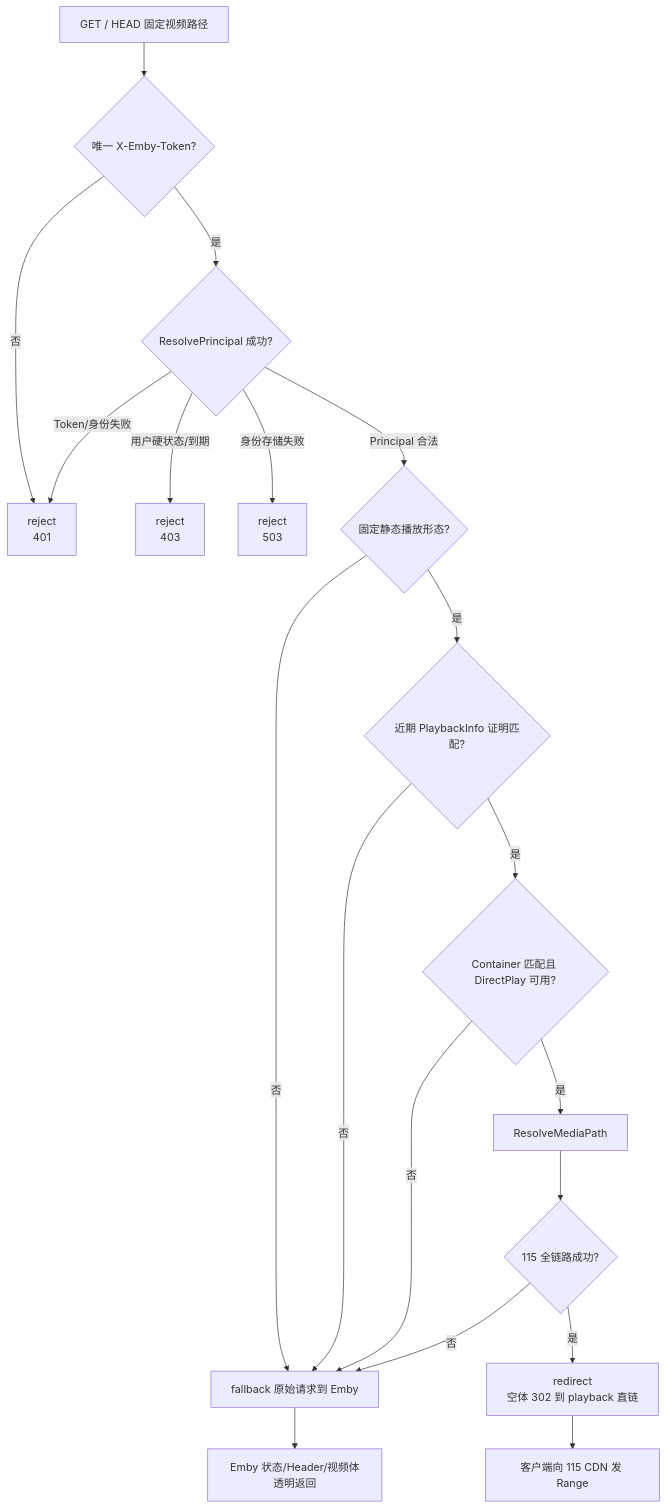
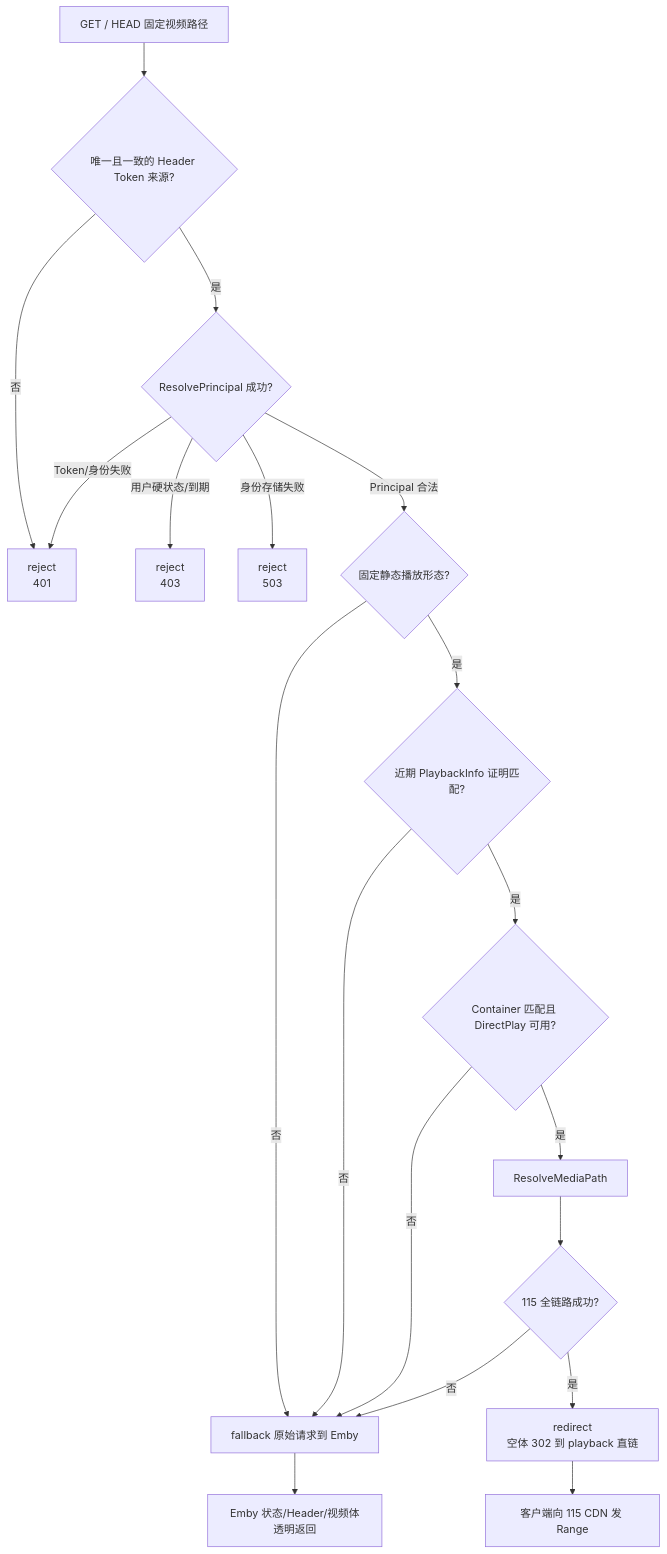
One commit to konghanghang/ember changed the sixth of 8 diagrams in docs/reference/p115-playback-end-to-end-flow.md. Above: the diagram before and after it, drawn with Mermaid. The commit also changed other lines of this file and 8 other files, not shown here.

````diff
--- a/docs/reference/p115-playback-end-to-end-flow.md
+++ b/docs/reference/p115-playback-end-to-end-flow.md
@@ -218,21 +219,21 @@
 ```mermaid
 flowchart TD
-    A[GET / HEAD 固定视频路径] --> B{唯一 X-Emby-Token?}
+    A[GET / HEAD 固定视频路径] --> B{唯一且一致的 Header Token 来源?}
     B -- 否 --> R[reject<br/>401]
     B -- 是 --> C{ResolvePrincipal 成功?}
     C -- Token/身份失败 --> R
     C -- 用户硬状态/到期 --> R2[reject<br/>403]
     C -- 身份存储失败 --> R3[reject<br/>503]
     C -- Principal 合法 --> D{固定静态播放形态?}
     D -- 否 --> F[fallback 原始请求到 Emby]
     D -- 是 --> E{近期 PlaybackInfo 证明匹配?}
     E -- 否 --> F
     E -- 是 --> G{Container 匹配且 DirectPlay 可用?}
     G -- 否 --> F
     G -- 是 --> H[ResolveMediaPath]
     H --> I{115 全链路成功?}
     I -- 否 --> F
     I -- 是 --> J[redirect<br/>空体 302 到 playback 直链]
     F --> K[Emby 状态/Header/视频体透明返回]
     J --> L[客户端向 115 CDN 发 Range]
 ```
````
